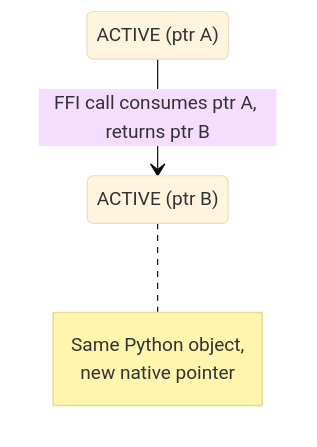
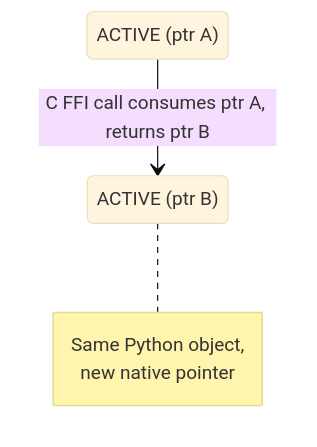
Before and after one commit to contentauth/c2pa-python: the fifth of 5 diagrams in docs/native-resources-management.md, drawn with Mermaid (base theme). The commit also changed other lines of this file, not shown here.

````diff
--- a/docs/native-resources-management.md
+++ b/docs/native-resources-management.md
@@ -198,11 +200,11 @@
 ```mermaid
 stateDiagram-v2
     state "ACTIVE (ptr A)" as A
     state "ACTIVE (ptr B)" as B
 
-    A --> B : FFI call consumes ptr A, returns ptr B
+    A --> B : C FFI call consumes ptr A, returns ptr B
     note right of B
         Same Python object,
         new native pointer
     end note
 ```
````
